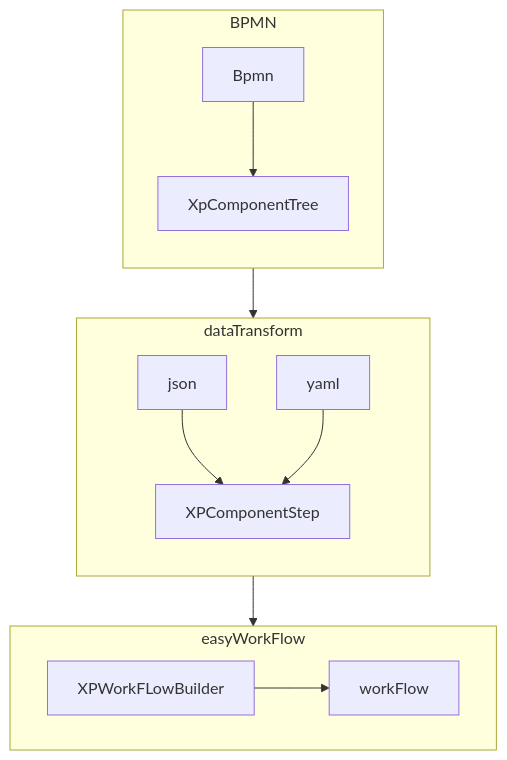
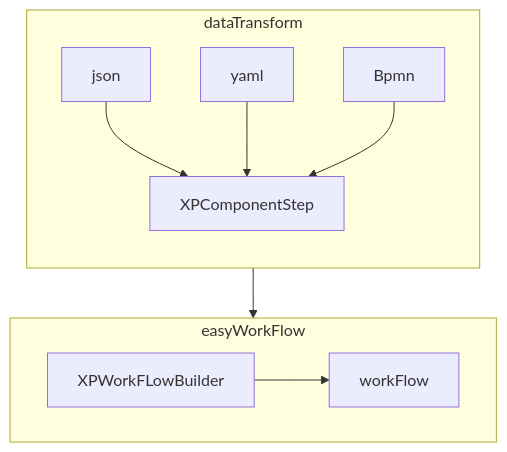
The first of 11 diagrams in README.md (tenderne13/hello-easy-flow-bpmn), drawn with Mermaid before and after one commit. The commit also changed other lines of this file and 9 other files, not shown here.

````diff
--- a/README.md
+++ b/README.md
@@ -3,21 +3,14 @@
 ```mermaid
 graph TD
-
-    subgraph BPMN
-        direction TB
-        Bpmn --> XpComponentTree
-    end
-
     subgraph dataTransform
         direction TB
         json --> XPComponentStep
         yaml --> XPComponentStep
+        Bpmn --> XPComponentStep
     end
 
     subgraph easyWorkFlow
         XPWorkFLowBuilder --> workFlow
     end
-    BPMN --> dataTransform
-
     dataTransform --> easyWorkFlow
 ```
````
